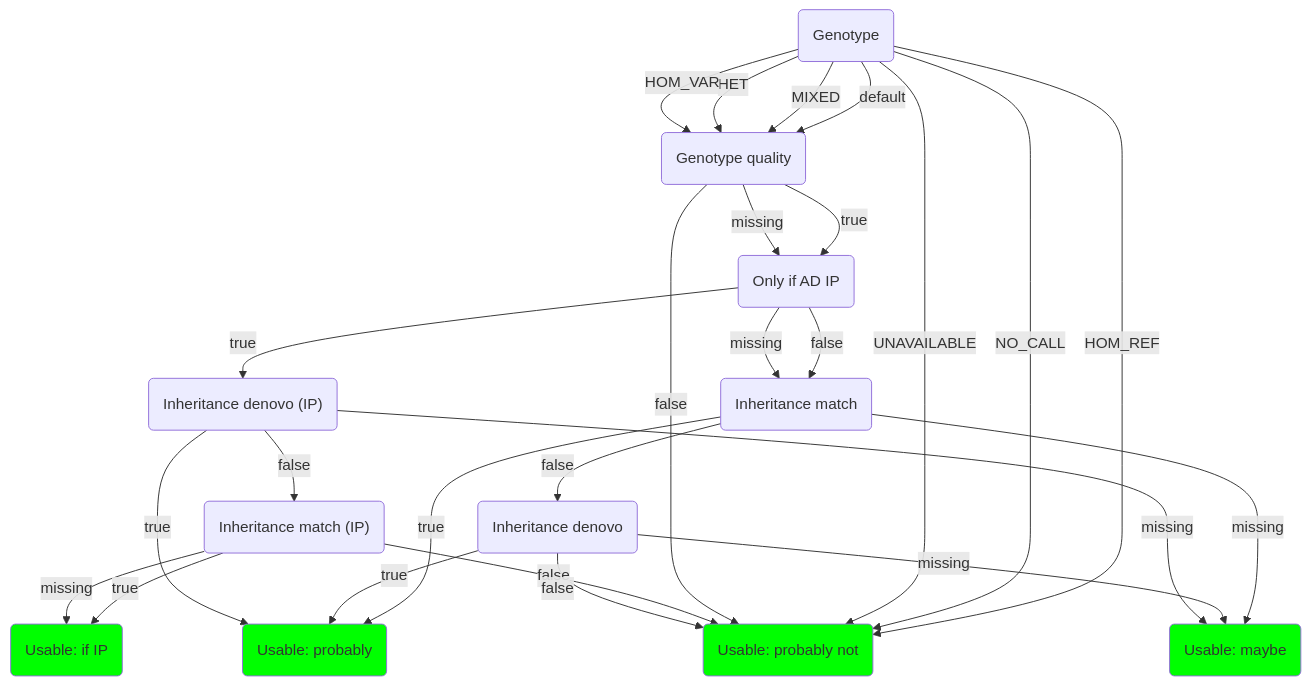
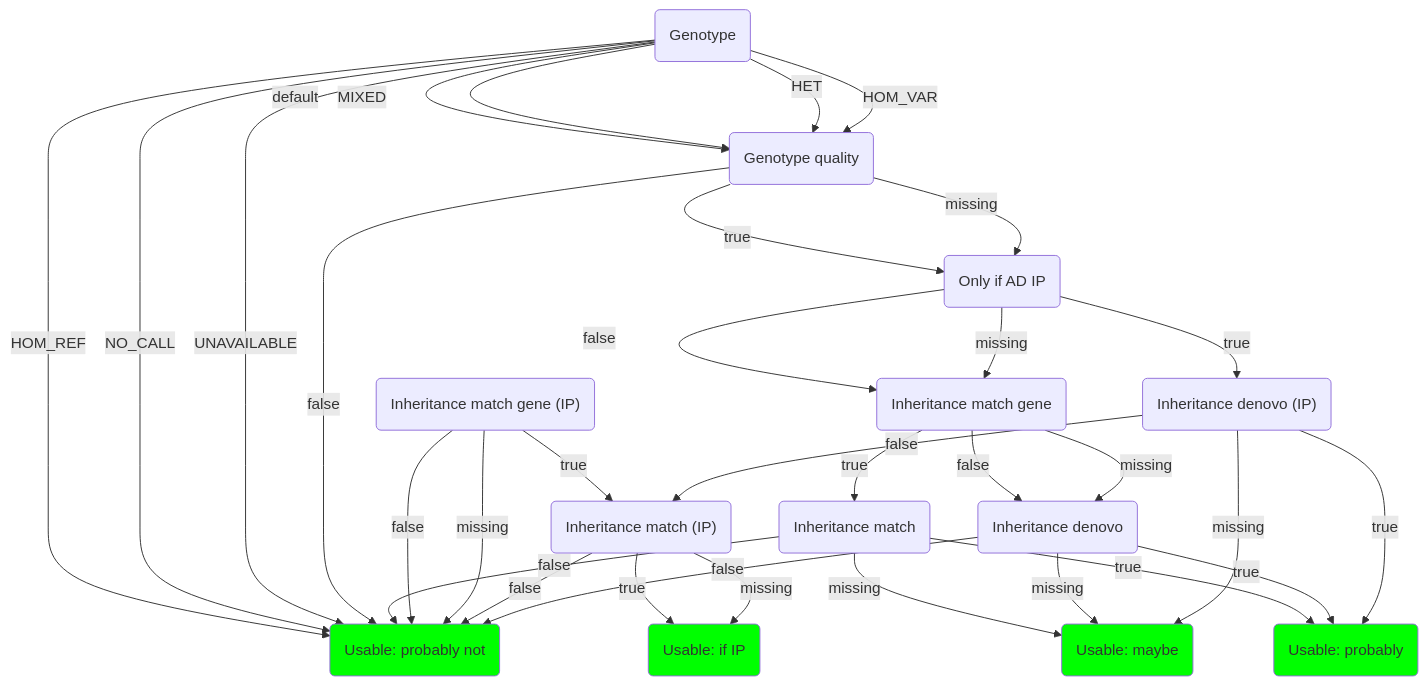
Before and after one commit to molgenis/vip: the second of 2 diagrams in docs/advanced/classification_trees.md, drawn with Mermaid. The commit also changed 1 other file, not shown here.

Commit message:
Fix inheritance match filtering

````diff
--- a/docs/advanced/classification_trees.md
+++ b/docs/advanced/classification_trees.md
@@ -117,43 +117,51 @@
 ```mermaid
 flowchart TD
 gt_("Genotype")
 gq_("Genotype quality")
 only_IP_("Only if AD IP")
+vig_("Inheritance match gene")
 vim_("Inheritance match")
+vig_IP_("Inheritance match gene (IP)")
 vim_IP_("Inheritance match (IP)")
 vid_("Inheritance denovo")
 vid_IP_("Inheritance denovo (IP)")
 exit_u1_("Usable: probably")
 style exit_u1_ fill:#00ff00
 exit_u2_("Usable: maybe")
 style exit_u2_ fill:#00ff00
 exit_u3_("Usable: probably not")
 style exit_u3_ fill:#00ff00
 exit_u4_("Usable: if IP")
 style exit_u4_ fill:#00ff00
 gt_ -->|"default"| gq_
 gt_ -->|"HOM_REF"| exit_u3_
 gt_ -->|"NO_CALL"| exit_u3_
 gt_ -->|"MIXED"| gq_
 gt_ -->|"HET"| gq_
 gt_ -->|"HOM_VAR"| gq_
 gt_ -->|"UNAVAILABLE"| exit_u3_
 gq_ -->|"true"| only_IP_
 gq_ -->|"false"| exit_u3_
 gq_ -->|"missing"| only_IP_
 only_IP_ -->|"true"| vid_IP_
-only_IP_ -->|"false"| vim_
-only_IP_ -->|"missing"| vim_
+only_IP_ -->|"false"| vig_
+only_IP_ -->|"missing"| vig_
+vig_ -->|"true"| vim_
+vig_ -->|"false"| vid_
+vig_ -->|"missing"| vid_
 vim_ -->|"true"| exit_u1_
-vim_ -->|"false"| vid_
+vim_ -->|"false"| exit_u3_
 vim_ -->|"missing"| exit_u2_
+vig_IP_ -->|"true"| vim_IP_
+vig_IP_ -->|"false"| exit_u3_
+vig_IP_ -->|"missing"| exit_u3_
 vim_IP_ -->|"true"| exit_u4_
 vim_IP_ -->|"false"| exit_u3_
 vim_IP_ -->|"missing"| exit_u4_
 vid_ -->|"true"| exit_u1_
 vid_ -->|"false"| exit_u3_
 vid_ -->|"missing"| exit_u2_
 vid_IP_ -->|"true"| exit_u1_
 vid_IP_ -->|"false"| vim_IP_
 vid_IP_ -->|"missing"| exit_u2_
 ```
````
